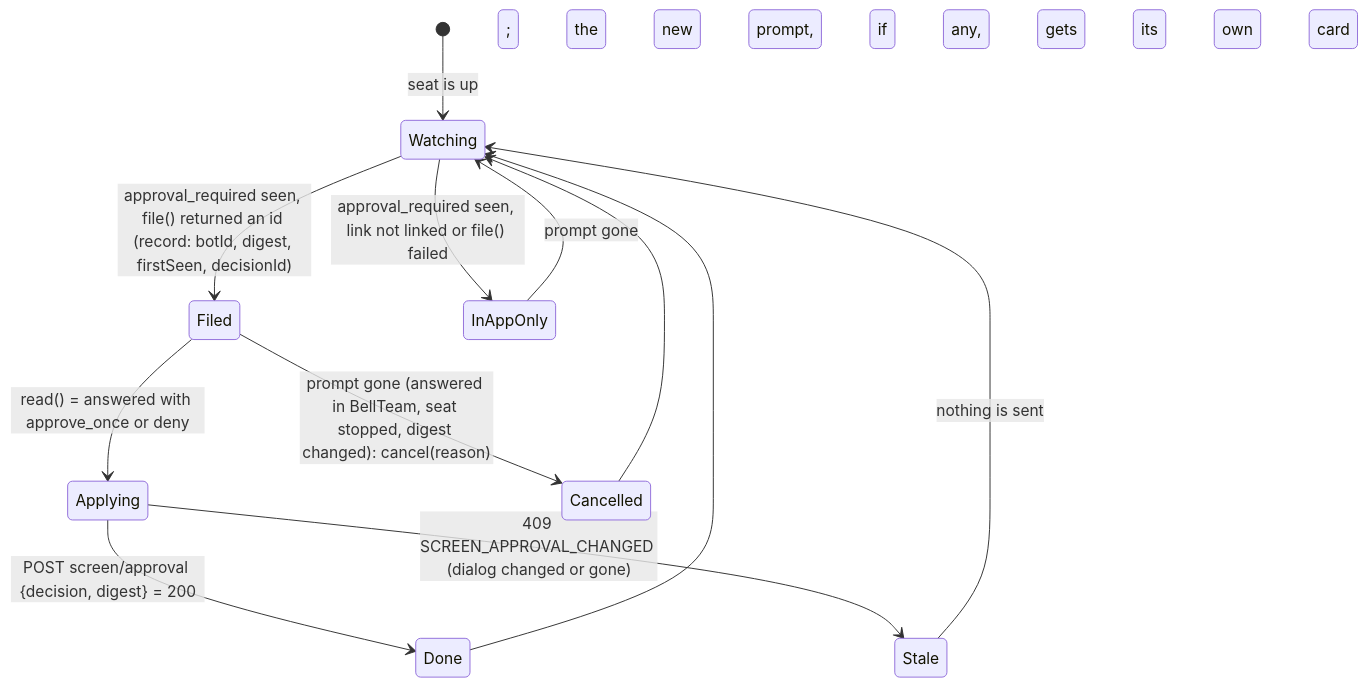
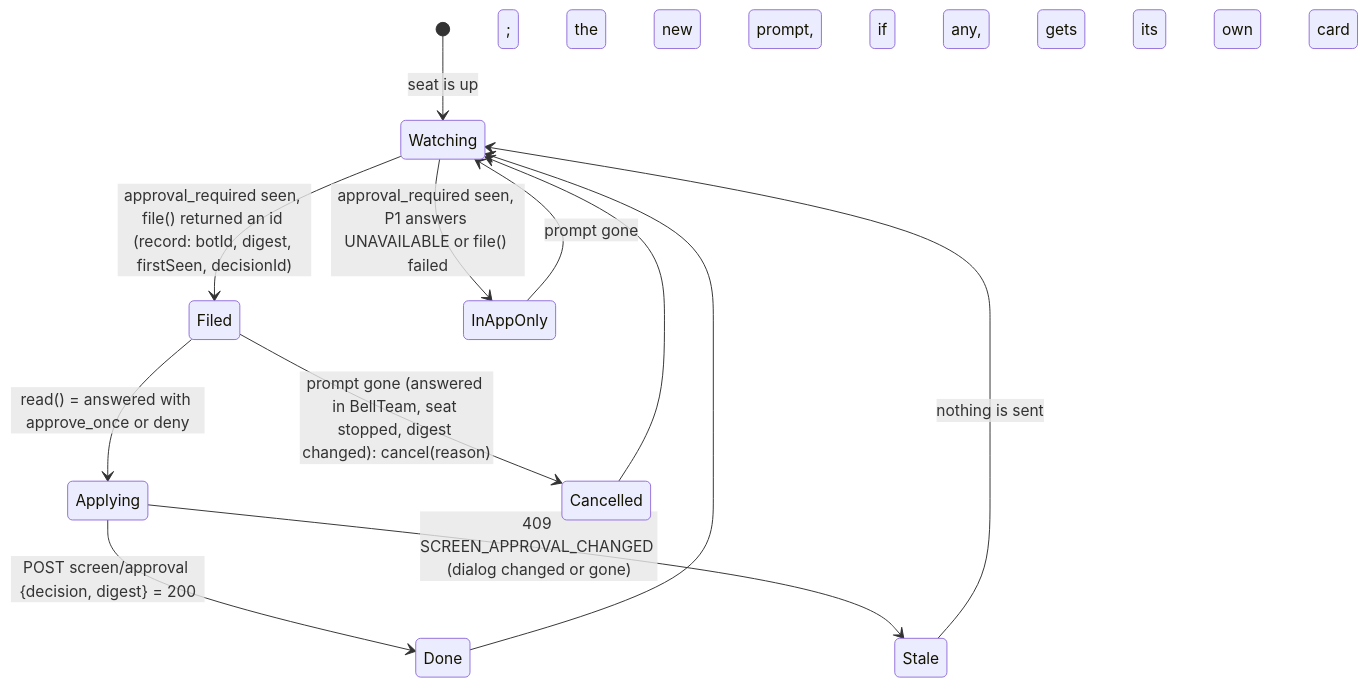
One commit to kitepon/BellTeam changed the first of 2 diagrams in docs/architecture/modules/approval-box-extension/seat-approval-card.md. Above: the diagram before and after it, drawn with Mermaid. The commit also changed other lines of this file and 47 other files, not shown here.

First line of the commit message:
Remove the hosted Approval Box daemon, its door, the pairing and the seat-link QR tool

````diff
--- a/docs/architecture/modules/approval-box-extension/seat-approval-card.md
+++ b/docs/architecture/modules/approval-box-extension/seat-approval-card.md
@@ -83,14 +42,14 @@
 ```mermaid
 stateDiagram-v2
   [*] --> Watching: seat is up
   Watching --> Filed: approval_required seen, file() returned an id (record: botId, digest, firstSeen, decisionId)
-  Watching --> InAppOnly: approval_required seen, link not linked or file() failed
+  Watching --> InAppOnly: approval_required seen, P1 answers UNAVAILABLE or file() failed
   InAppOnly --> Watching: prompt gone
   Filed --> Applying: read() = answered with approve_once or deny
   Applying --> Done: POST screen/approval {decision, digest} = 200
   Applying --> Stale: 409 SCREEN_APPROVAL_CHANGED (dialog changed or gone)
   Filed --> Cancelled: prompt gone (answered in BellTeam, seat stopped, digest changed): cancel(reason)
   Stale --> Watching: nothing is sent; the new prompt, if any, gets its own card
   Cancelled --> Watching
   Done --> Watching
 ```
````
